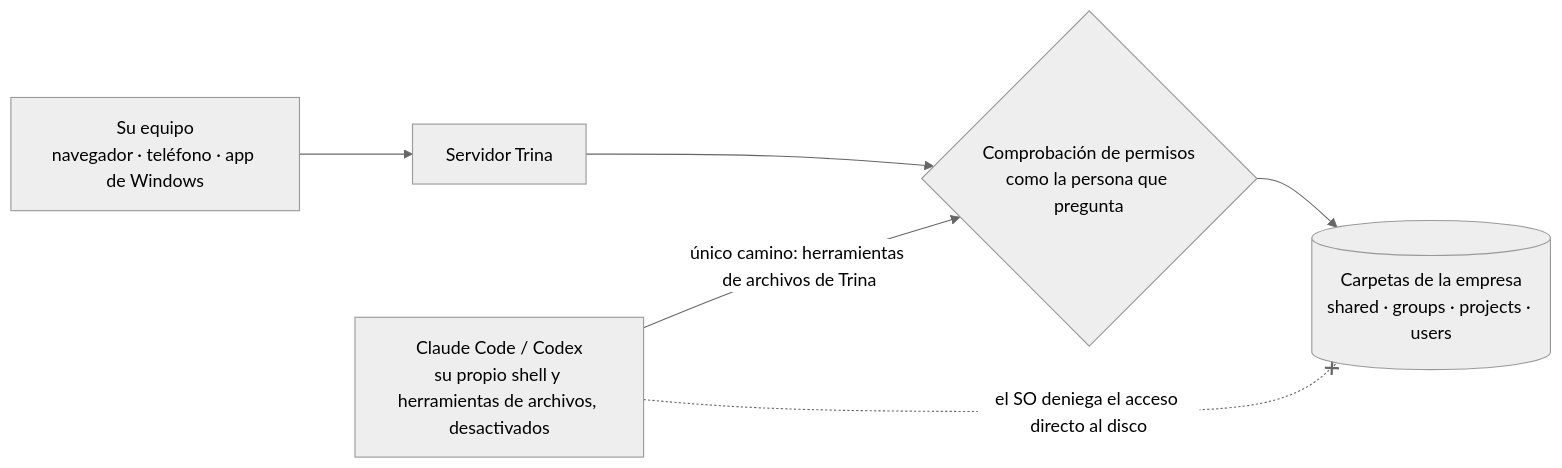
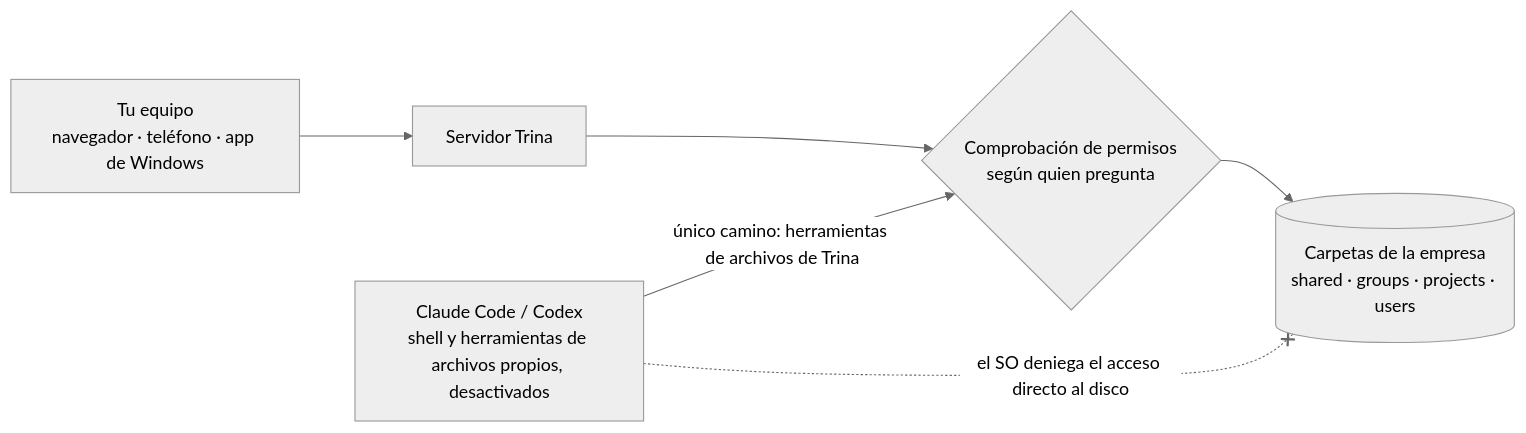
The diagram in README.es.md (trina-app/trina-ax), drawn with Mermaid (neutral theme) before and after one commit. The commit also changed other lines of this file and 1 other file, not shown here.

````diff
--- a/README.es.md
+++ b/README.es.md
@@ -69,8 +69,8 @@
 ```mermaid
 flowchart LR
-  P["Su equipo<br/>navegador · teléfono · app de Windows"] --> S["Servidor Trina"]
-  E["Claude Code / Codex<br/>su propio shell y herramientas de archivos, desactivados"] -->|"único camino: herramientas de archivos de Trina"| C{"Comprobación de permisos<br/>como la persona que pregunta"}
+  P["Tu equipo<br/>navegador · teléfono · app de Windows"] --> S["Servidor Trina"]
+  E["Claude Code / Codex<br/>shell y herramientas de archivos propios, desactivados"] -->|"único camino: herramientas de archivos de Trina"| C{"Comprobación de permisos<br/>según quien pregunta"}
   S --> C
   C --> D[("Carpetas de la empresa<br/>shared · groups · projects · users")]
   E -. "el SO deniega el acceso directo al disco" .-x D
 ```
````
